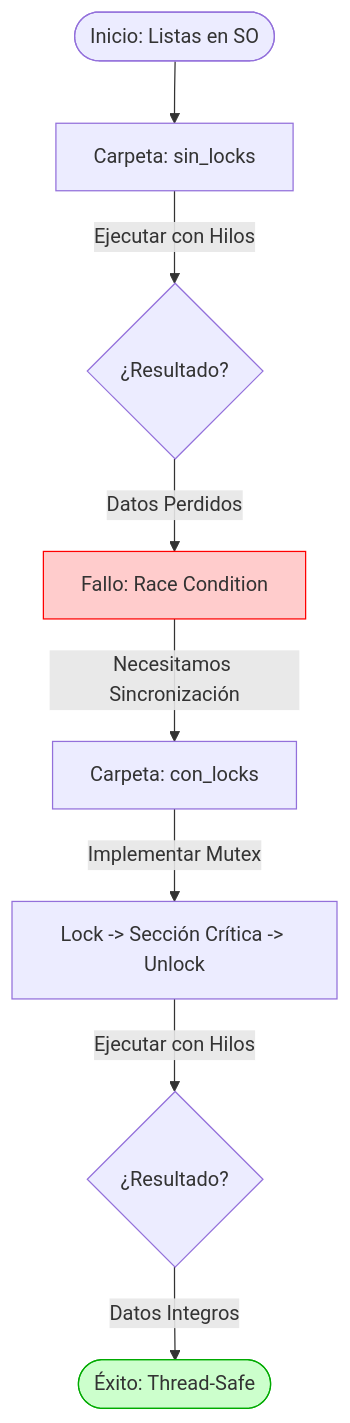
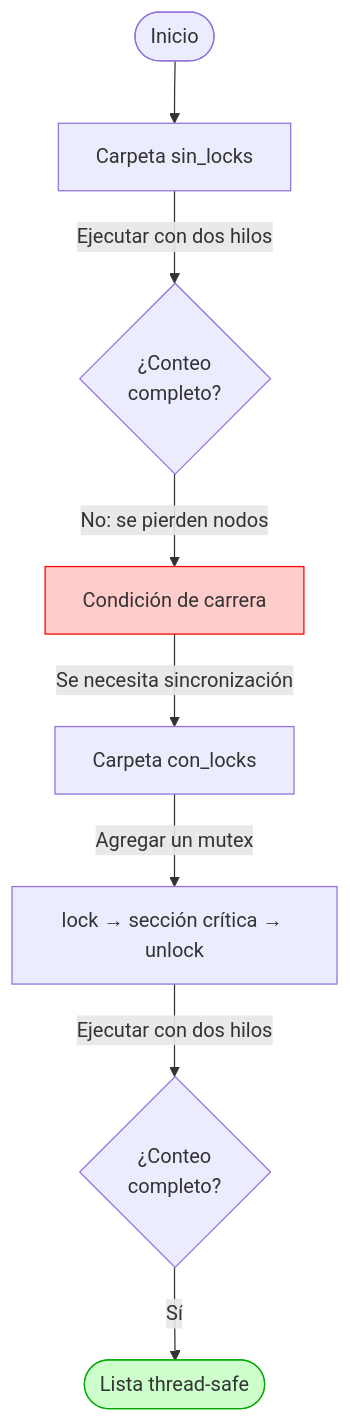
The diagram in clase_16/code/lists/README.md (udea-so/apuntes_2026-2_SO-virtual), drawn with Mermaid before and after one commit. The commit also changed other lines of this file and 3 other files, not shown here.

`````diff
--- a/clase_16/code/lists/README.md
+++ b/clase_16/code/lists/README.md
@@ -24,14 +20,15 @@
 ```mermaid
+%%{init: {"themeVariables": {"fontFamily": "Arial, Helvetica, sans-serif"}}}%%
 graph TD
-    Start([Inicio: Listas en SO]) --> A[Carpeta: sin_locks]
-    A -->|Ejecutar con Hilos| B{¿Resultado?}
-    B -->|Datos Perdidos| C[Fallo: Race Condition]
-    C -->|Necesitamos Sincronización| D[Carpeta: con_locks]
-    
-    D -->|Implementar Mutex| E[Lock -> Sección Crítica -> Unlock]
-    E -->|Ejecutar con Hilos| F{¿Resultado?}
-    F -->|Datos Integros| G([Éxito: Thread-Safe])
-    
+    Start([Inicio]) --> A["Carpeta sin_locks"]
+    A -->|Ejecutar con dos hilos| B{"¿Conteo<br/>completo?"}
+    B -->|No: se pierden nodos| C["Condición de carrera"]
+    C -->|Se necesita sincronización| D["Carpeta con_locks"]
+
+    D -->|Agregar un mutex| E["lock → sección crítica → unlock"]
+    E -->|Ejecutar con dos hilos| F{"¿Conteo<br/>completo?"}
+    F -->|Sí| G([Lista thread-safe])
+
     style C fill:#ffcccc,stroke:#ff0000
     style G fill:#ccffcc,stroke:#00aa00
-````
+```
`````
